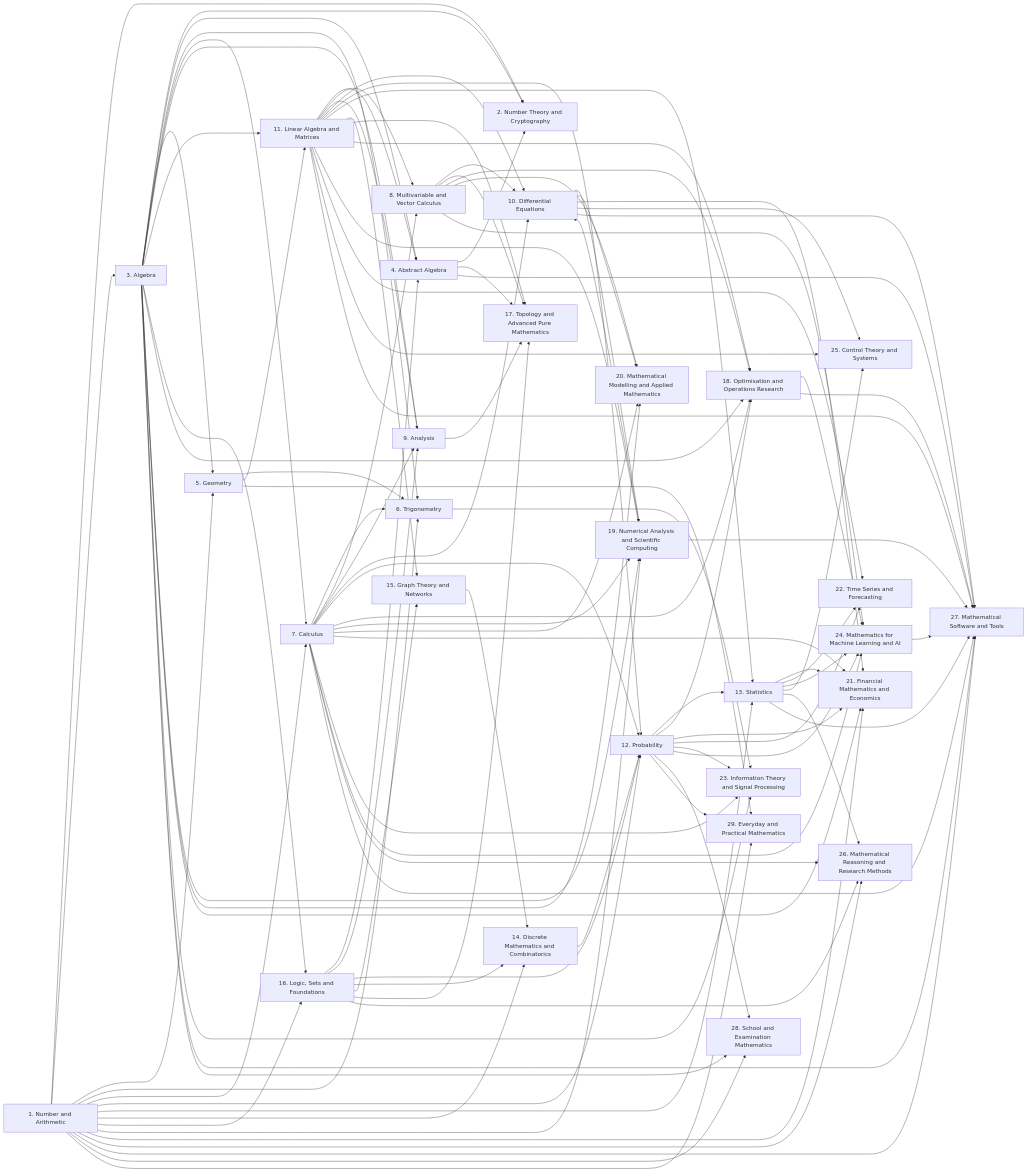
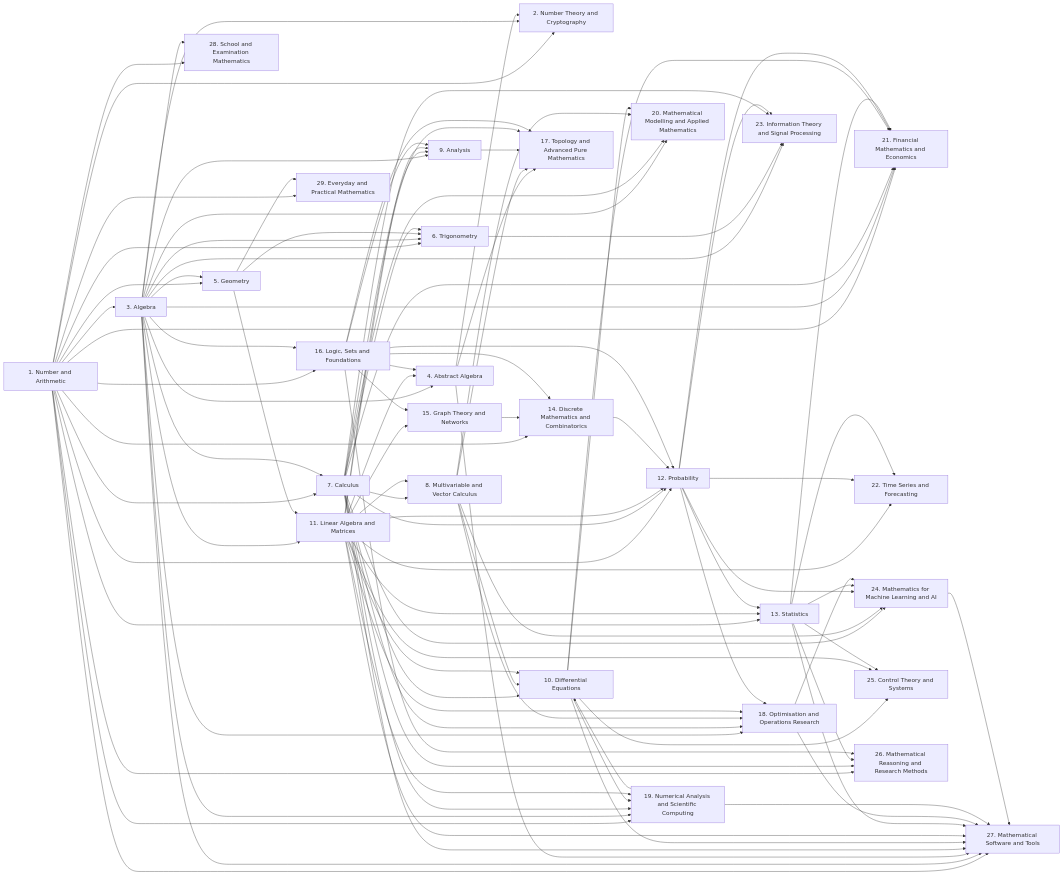
One commit to seren-aitchison/Gradify changed the diagram in docs/qa/maths-concepts.md. Above: the diagram before and after it, drawn with Mermaid. The commit also changed other lines of this file and 1 other file, not shown here.

```diff
--- a/docs/qa/maths-concepts.md
+++ b/docs/qa/maths-concepts.md
@@ -165,8 +165,6 @@
   u12 --> u22
   u12 --> u23
   u12 --> u24
-  u12 --> u28
-  u12 --> u29
   u13 --> u21
   u13 --> u22
   u13 --> u24
```
